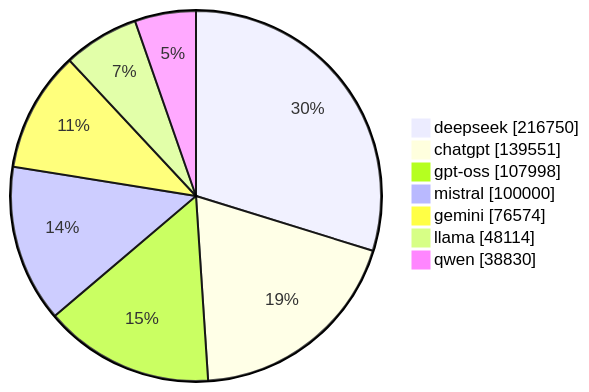
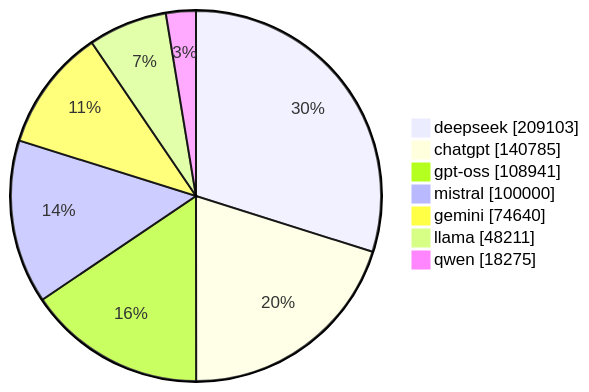
The diagram in README.md (gqgs/llm100kbench), drawn with Mermaid before and after one commit. The commit also changed other lines of this file and 17 other files, not shown here.

````diff
--- a/README.md
+++ b/README.md
@@ -50,10 +50,10 @@
 ```mermaid
 pie showData
-    "deepseek" : 216750
-    "chatgpt" : 139551
-    "gpt-oss" : 107998
+    "deepseek" : 209103
+    "chatgpt" : 140785
+    "gpt-oss" : 108941
     "mistral" : 100000
-    "gemini" : 76574
-    "llama" : 48114
-    "qwen" : 38830
+    "gemini" : 74640
+    "llama" : 48211
+    "qwen" : 18275
 ```
````
